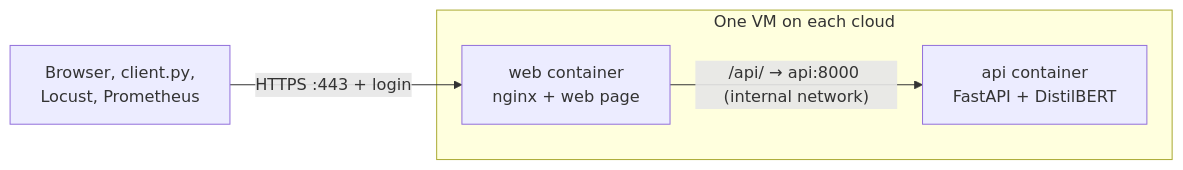
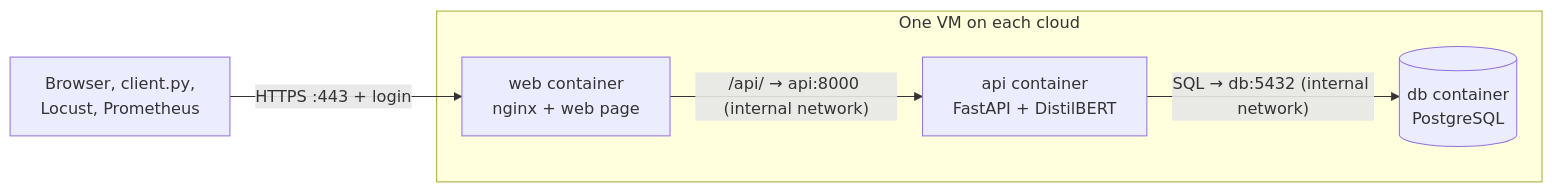
The second of 2 diagrams in docs/project/project.md (cloudmesh-ai-luc/shabbir04), drawn with Mermaid before and after one commit. The commit also changed other lines of this file and 1 other file, not shown here.

First line of the commit message:
docs(project): add a PostgreSQL data tier and simplify requirements, API and tests

````diff
--- a/docs/project/project.md
+++ b/docs/project/project.md
@@ -307,7 +312,8 @@
 ```mermaid
 flowchart LR
     U[Browser, client.py,<br/>Locust, Prometheus] -->|HTTPS :443 + login| WEB
     subgraph VM[One VM on each cloud]
         WEB[web container<br/>nginx + web page] -->|"/api/ → api:8000 (internal network)"| API[api container<br/>FastAPI + DistilBERT]
+        API -->|"SQL → db:5432 (internal network)"| DB[(db container<br/>PostgreSQL)]
     end
 ```
````
